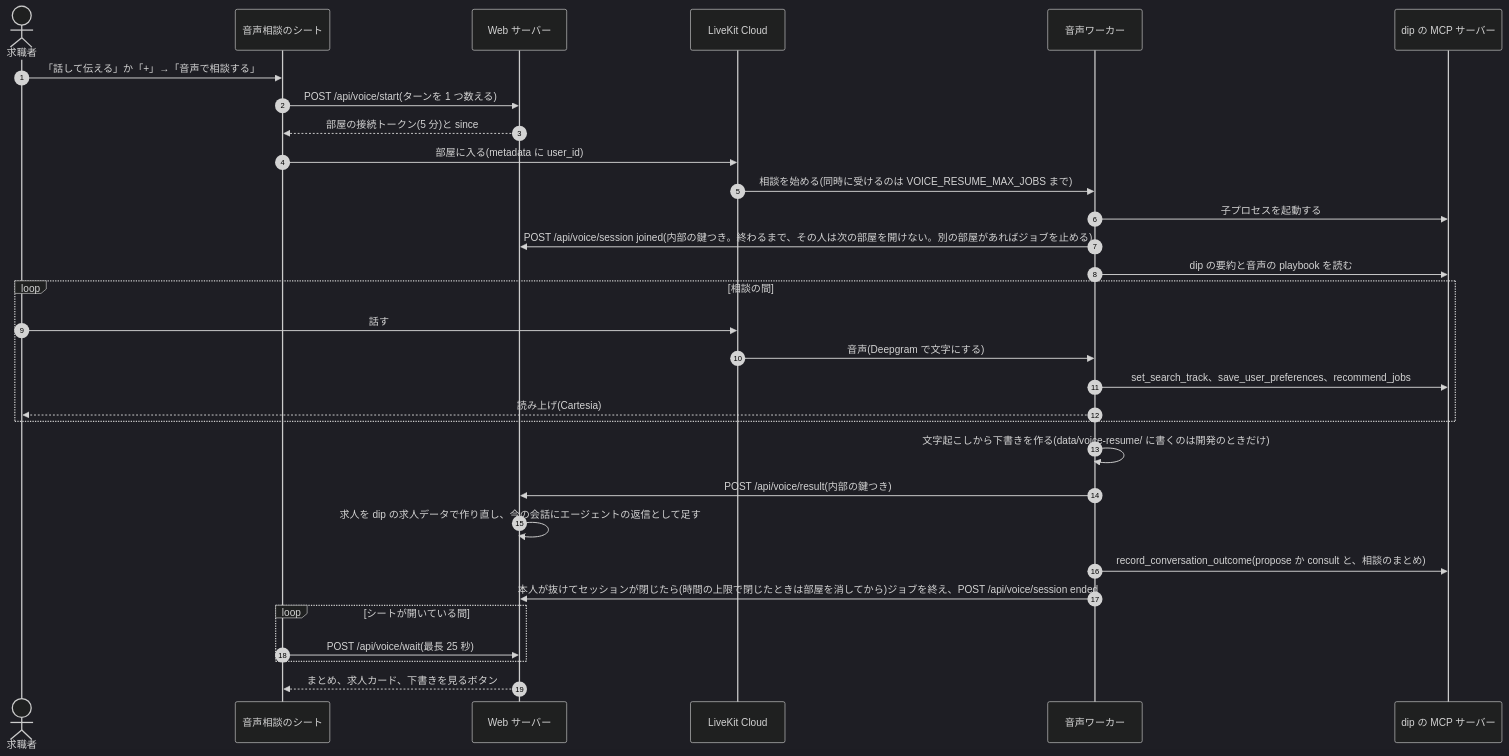
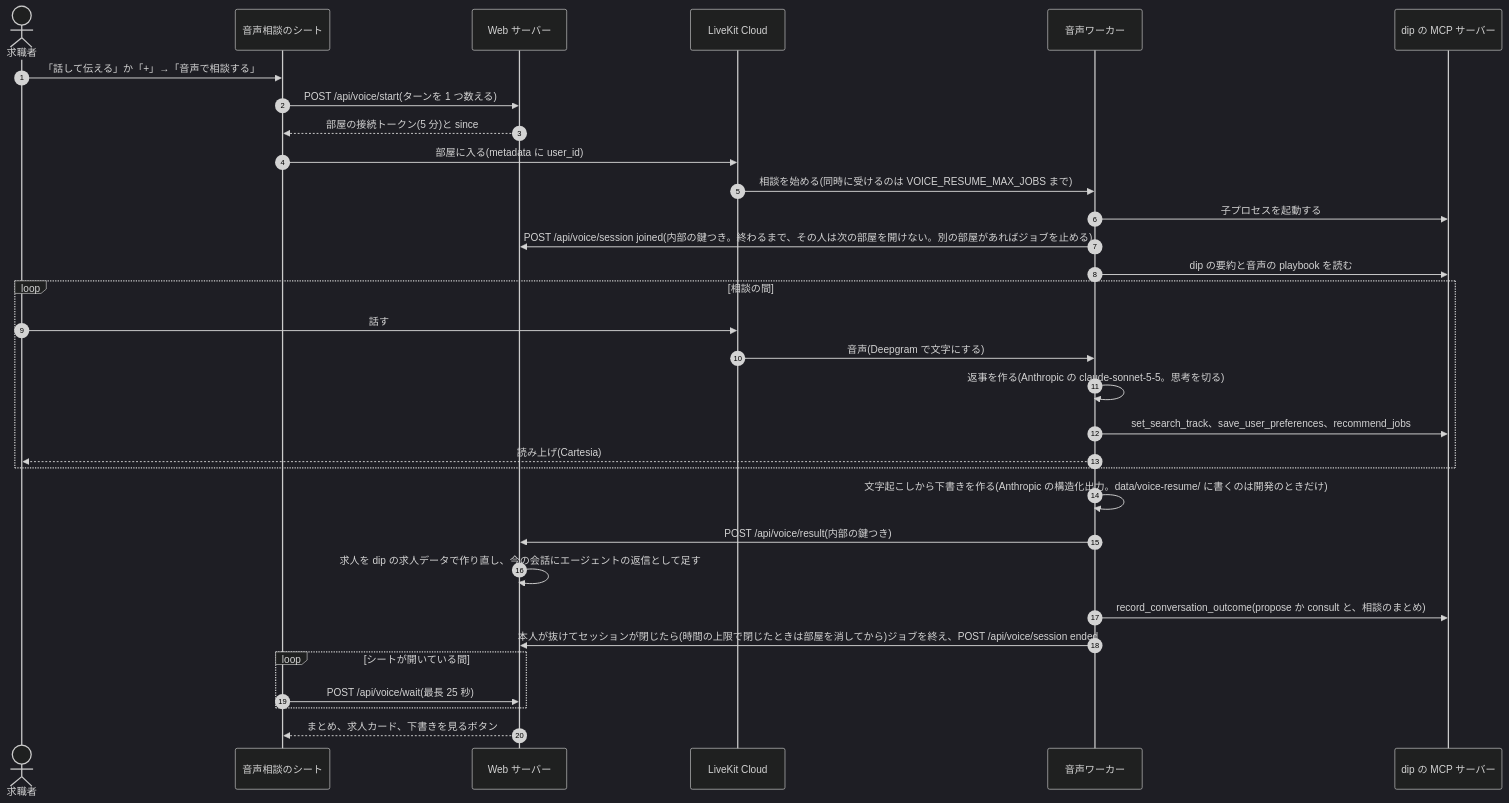
The sixth of 15 diagrams in docs/architecture/hld.md (jyoka/aica), drawn with Mermaid (dark theme) before and after one commit. The commit also changed other lines of this file and 38 other files, not shown here.

````diff
--- a/docs/architecture/hld.md
+++ b/docs/architecture/hld.md
@@ -457,34 +463,35 @@
 ```mermaid
 sequenceDiagram
     autonumber
     actor U as 求職者
     participant P as 音声相談のシート
     participant S as Web サーバー
     participant K as LiveKit Cloud
     participant W as 音声ワーカー
     participant D as dip の MCP サーバー
 
     U->>P: 「話して伝える」か「+」→「音声で相談する」
     P->>S: POST /api/voice/start(ターンを 1 つ数える)
     S-->>P: 部屋の接続トークン(5 分)と since
     P->>K: 部屋に入る(metadata に user_id)
     K->>W: 相談を始める(同時に受けるのは VOICE_RESUME_MAX_JOBS まで)
     W->>D: 子プロセスを起動する
     W->>S: POST /api/voice/session joined(内部の鍵つき。終わるまで、その人は次の部屋を開けない。別の部屋があればジョブを止める)
     W->>D: dip の要約と音声の playbook を読む
     loop 相談の間
         U->>K: 話す
         K->>W: 音声(Deepgram で文字にする)
+        W->>W: 返事を作る(Anthropic の claude-sonnet-5-5。思考を切る)
         W->>D: set_search_track、save_user_preferences、recommend_jobs
         W-->>U: 読み上げ(Cartesia)
     end
-    W->>W: 文字起こしから下書きを作る(data/voice-resume/ に書くのは開発のときだけ)
+    W->>W: 文字起こしから下書きを作る(Anthropic の構造化出力。data/voice-resume/ に書くのは開発のときだけ)
     W->>S: POST /api/voice/result(内部の鍵つき)
     S->>S: 求人を dip の求人データで作り直し、今の会話にエージェントの返信として足す
     W->>D: record_conversation_outcome(propose か consult と、相談のまとめ)
     W->>S: 本人が抜けてセッションが閉じたら(時間の上限で閉じたときは部屋を消してから)ジョブを終え、POST /api/voice/session ended
     loop シートが開いている間
         P->>S: POST /api/voice/wait(最長 25 秒)
     end
     S-->>P: まとめ、求人カード、下書きを見るボタン
 ```
````
